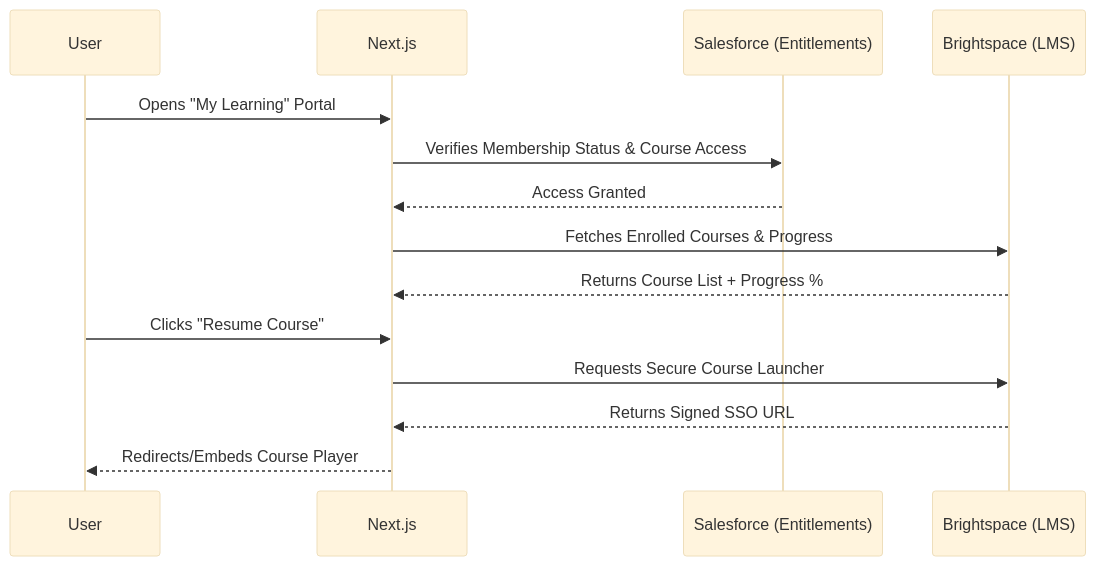
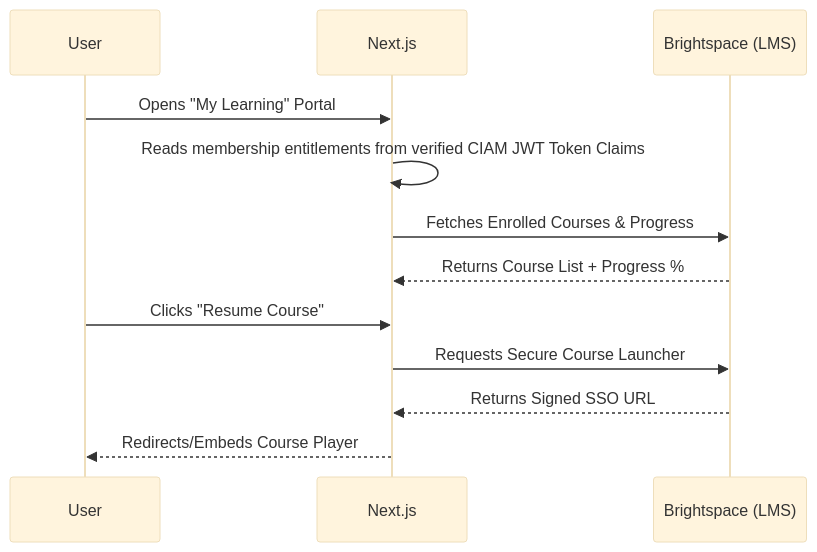
The seventh of 7 diagrams in BSAVA_MACH_ARCHITECTURE_DIAGRAM.md (timbowdeniona/bsava-com), drawn with Mermaid (base theme) before and after one commit. The commit also changed other lines of this file, not shown here.

Commit message:
docs: Update architecture diagram to replace Salesforce SSO with Okta CIAM

````diff
--- a/BSAVA_MACH_ARCHITECTURE_DIAGRAM.md
+++ b/BSAVA_MACH_ARCHITECTURE_DIAGRAM.md
@@ -245,17 +244,15 @@
 ```mermaid
 sequenceDiagram
     participant U as User
     participant N as Next.js
-    participant SF as Salesforce (Entitlements)
     participant BS as Brightspace (LMS)
 
     U->>N: Opens "My Learning" Portal
-    N->>SF: Verifies Membership Status & Course Access
-    SF-->>N: Access Granted
+    N->>N: Reads membership entitlements from verified CIAM JWT Token Claims
     N->>BS: Fetches Enrolled Courses & Progress
     BS-->>N: Returns Course List + Progress %
     U->>N: Clicks "Resume Course"
     N->>BS: Requests Secure Course Launcher
     BS-->>N: Returns Signed SSO URL
     N-->>U: Redirects/Embeds Course Player
 ```
````
